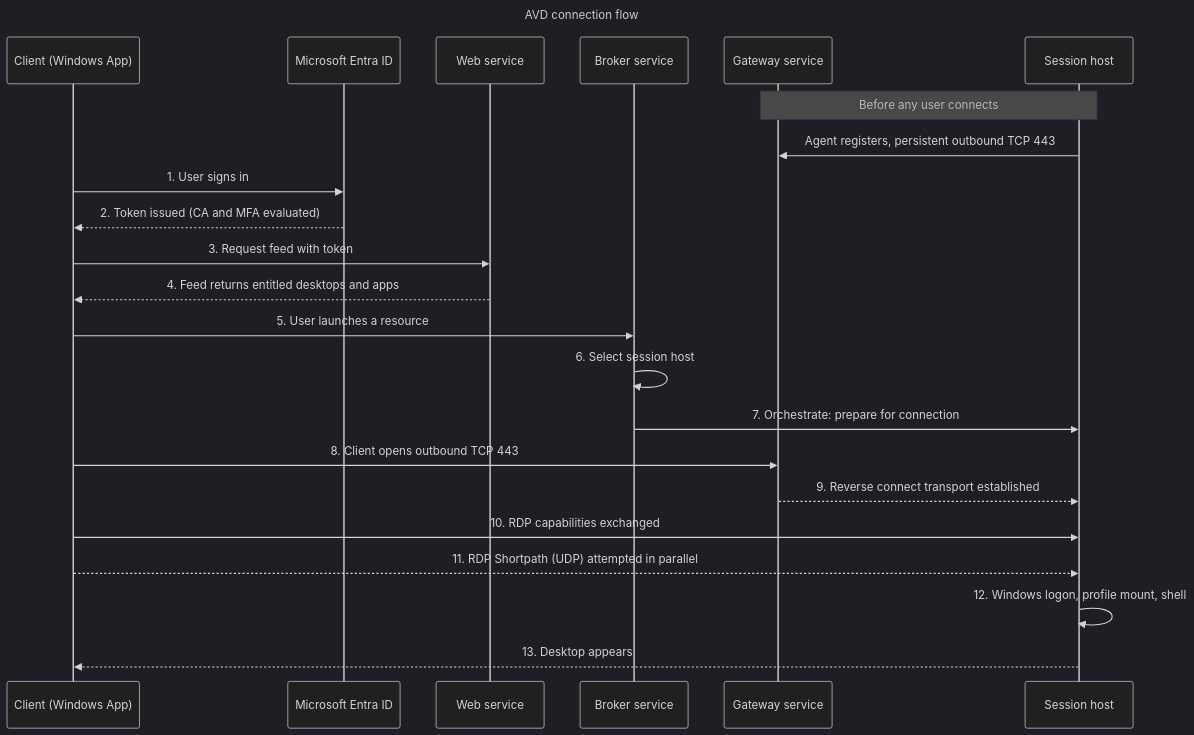
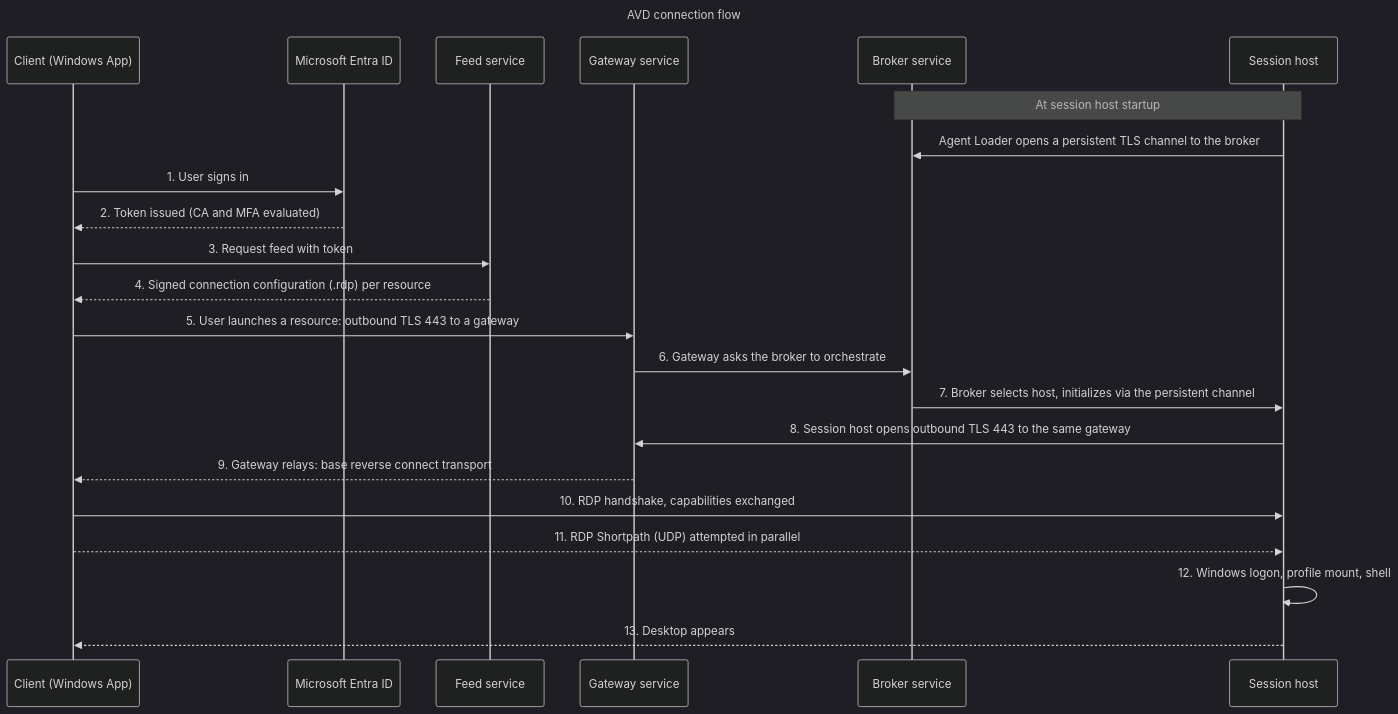
One commit to AddySidd27/azure-virtual-desktop-architect changed the diagram in diagrams/ch04-avd-connection-flow.mermaid. Above: the diagram before and after it, drawn with Mermaid (dark theme). The commit also changed 31 other files, not shown here.

First line of the commit message:
Validate Ch1-4 assets: redraw ch01, fix ch02/08/09/10 and lab03/04 diagrams, sync stale mermaid copies, correct Labs 1-5 and Terraform comments, add asset matrix

```diff
--- a/diagrams/ch04-avd-connection-flow.mermaid
+++ b/diagrams/ch04-avd-connection-flow.mermaid
@@ -1,27 +1,27 @@
 ---
 title: AVD connection flow
 ---
 sequenceDiagram
     participant C as Client (Windows App)
     participant E as Microsoft Entra ID
-    participant W as Web service
+    participant W as Feed service
+    participant G as Gateway service
     participant B as Broker service
-    participant G as Gateway service
     participant S as Session host
 
-    Note over S,G: Before any user connects
-    S->>G: Agent registers, persistent outbound TCP 443
+    Note over S,B: At session host startup
+    S->>B: Agent Loader opens a persistent TLS channel to the broker
 
     C->>E: 1. User signs in
     E-->>C: 2. Token issued (CA and MFA evaluated)
     C->>W: 3. Request feed with token
-    W-->>C: 4. Feed returns entitled desktops and apps
-    C->>B: 5. User launches a resource
-    B->>B: 6. Select session host
-    B->>S: 7. Orchestrate: prepare for connection
-    C->>G: 8. Client opens outbound TCP 443
-    G-->>S: 9. Reverse connect transport established
-    C->>S: 10. RDP capabilities exchanged
+    W-->>C: 4. Signed connection configuration (.rdp) per resource
+    C->>G: 5. User launches a resource: outbound TLS 443 to a gateway
+    G->>B: 6. Gateway asks the broker to orchestrate
+    B->>S: 7. Broker selects host, initializes via the persistent channel
+    S->>G: 8. Session host opens outbound TLS 443 to the same gateway
+    G-->>C: 9. Gateway relays: base reverse connect transport
+    C->>S: 10. RDP handshake, capabilities exchanged
     C-->>S: 11. RDP Shortpath (UDP) attempted in parallel
     S->>S: 12. Windows logon, profile mount, shell
     S-->>C: 13. Desktop appears
```
